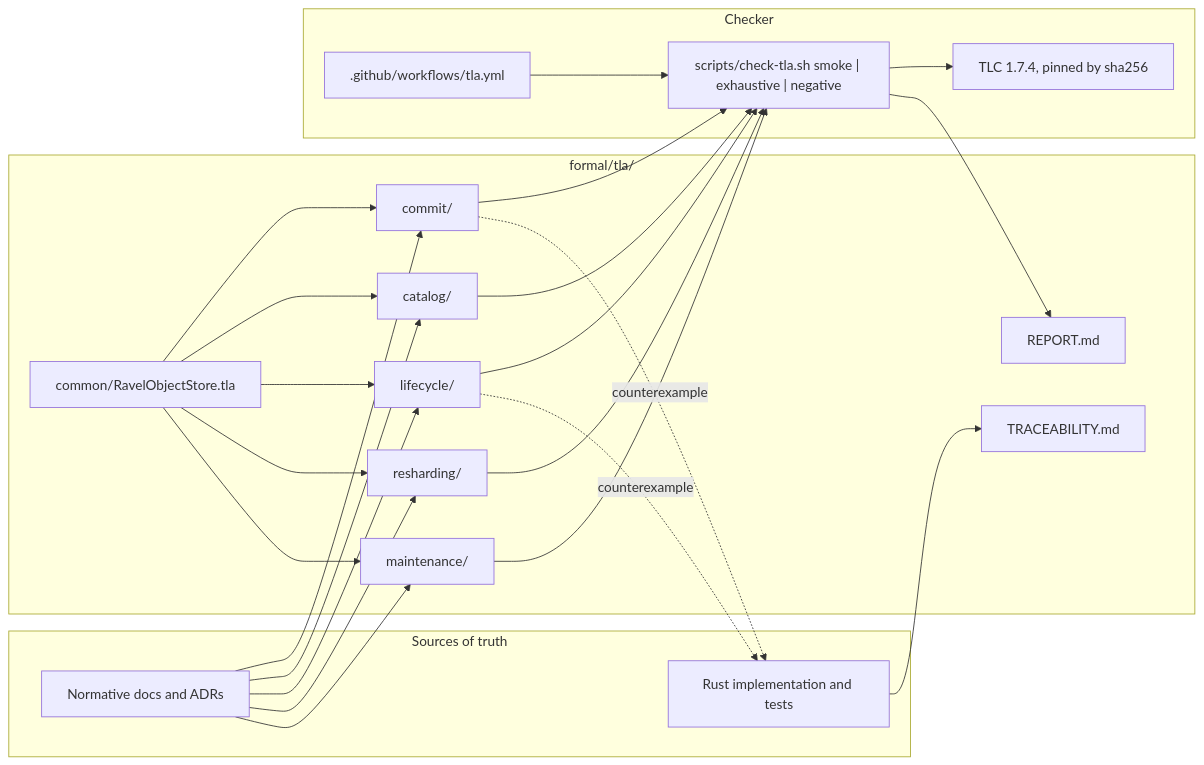
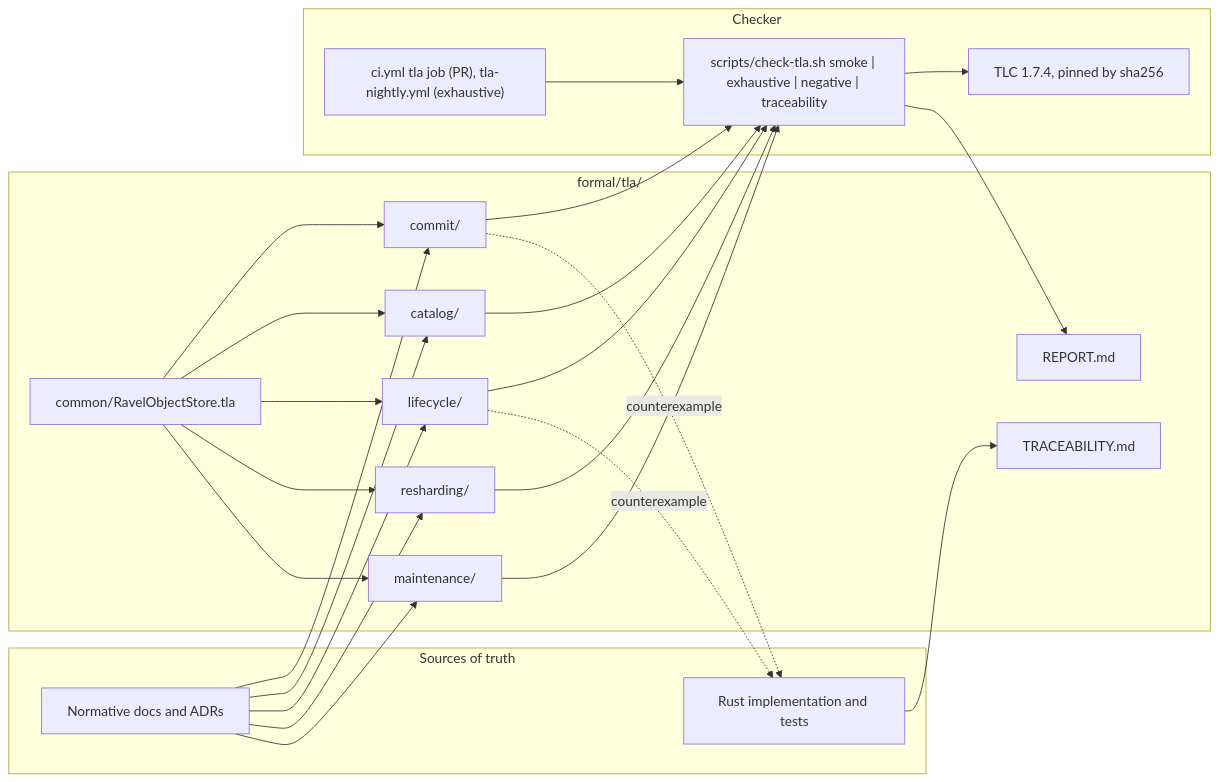
The diagram in docs/adrs/1113-tla-verification-suite.md (NOFireAI/ravel), drawn with Mermaid before and after one commit. The commit also changed other lines of this file and 1 other file, not shown here.

````diff
--- a/docs/adrs/1113-tla-verification-suite.md
+++ b/docs/adrs/1113-tla-verification-suite.md
@@ -60,43 +63,43 @@
 ```mermaid
 flowchart LR
   subgraph sources["Sources of truth"]
     docs["Normative docs and ADRs"]
     rust["Rust implementation and tests"]
   end
   subgraph suite["formal/tla/"]
     store["common/RavelObjectStore.tla"]
     commit["commit/"]
     catalog["catalog/"]
     lifecycle["lifecycle/"]
     reshard["resharding/"]
     maint["maintenance/"]
     trace["TRACEABILITY.md"]
     report["REPORT.md"]
   end
   subgraph harness["Checker"]
-    script["scripts/check-tla.sh smoke | exhaustive | negative"]
+    script["scripts/check-tla.sh smoke | exhaustive | negative | traceability"]
     tlc["TLC 1.7.4, pinned by sha256"]
-    ci[".github/workflows/tla.yml"]
+    ci["ci.yml tla job (PR), tla-nightly.yml (exhaustive)"]
   end
   docs --> commit
   docs --> catalog
   docs --> lifecycle
   docs --> reshard
   docs --> maint
   rust --> trace
   store --> commit
   store --> catalog
   store --> lifecycle
   store --> reshard
   store --> maint
   commit --> script
   catalog --> script
   lifecycle --> script
   reshard --> script
   maint --> script
   script --> tlc
   ci --> script
   script --> report
   commit -. counterexample .-> rust
   lifecycle -. counterexample .-> rust
 ```
````
